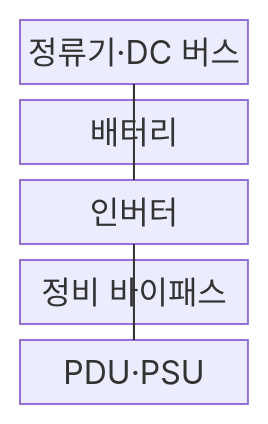
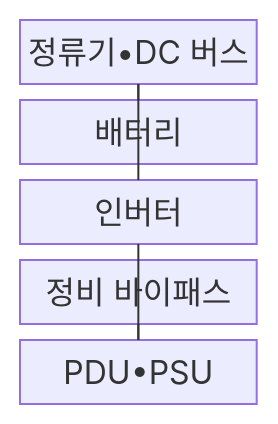
Before and after one commit to agnusdei1207/knowledge-base: the first of 2 diagrams in src/content/docs/notes/02-hardware/055_power_supply_ups.md, drawn with Mermaid. The commit also changed other lines of this file and 953 other files, not shown here.

````diff
--- a/src/content/docs/notes/02-hardware/055_power_supply_ups.md
+++ b/src/content/docs/notes/02-hardware/055_power_supply_ups.md
@@ -80,13 +80,13 @@
 ```mermaid
 block
     columns 1
-    R["정류기·DC 버스"]
+    R["정류기•DC 버스"]
     B["배터리"]
     I["인버터"]
     M["정비 바이패스"]
-    P["PDU·PSU"]
+    P["PDU•PSU"]
     R --- B
     R --- I
     I --- P
     M --- P
 ```
````
